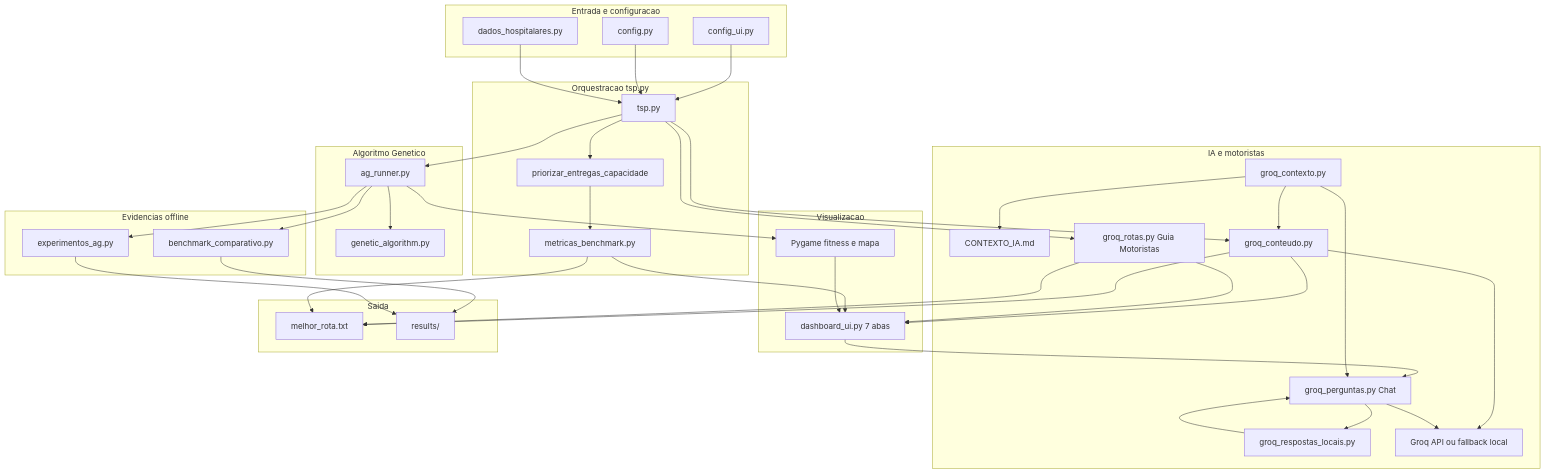
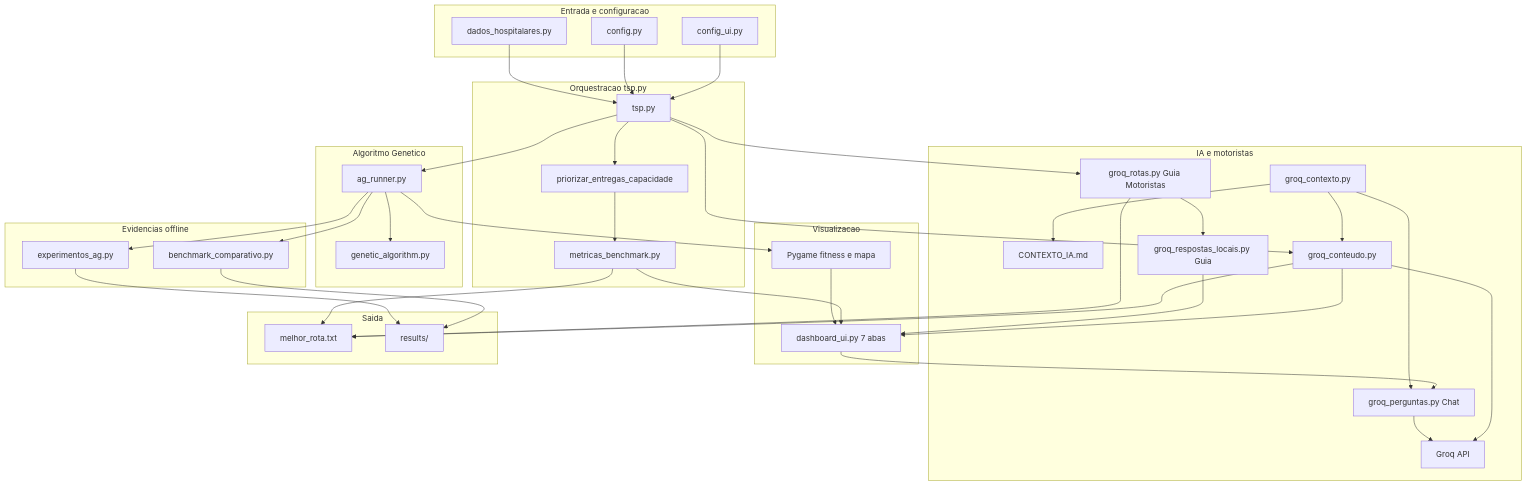
Before and after one commit to EdreiM/PosTechFIAP-Fase2: the diagram in README.md, drawn with Mermaid. The commit also changed other lines of this file and 32 other files, not shown here.

````diff
--- a/README.md
+++ b/README.md
@@ -28,81 +28,80 @@
 ```mermaid
 flowchart TB
     subgraph entrada [Entrada e configuracao]
         ConfigUI[config_ui.py]
         Config[config.py]
         DadosH[dados_hospitalares.py]
     end
 
     subgraph orquestracao [Orquestracao tsp.py]
         TSP[tsp.py]
         Priorizar[priorizar_entregas_capacidade]
         Metricas[metricas_benchmark.py]
     end
 
     subgraph ag [Algoritmo Genetico]
         Runner[ag_runner.py]
         GA[genetic_algorithm.py]
     end
 
     subgraph visual [Visualizacao]
         Pygame[Pygame fitness e mapa]
         Dashboard[dashboard_ui.py 7 abas]
     end
 
     subgraph ia [IA e motoristas]
         ContextoMD[CONTEXTO_IA.md]
         ContextoPy[groq_contexto.py]
         Conteudo[groq_conteudo.py]
         Rotas[groq_rotas.py Guia Motoristas]
         Perguntas[groq_perguntas.py Chat]
-        Locais[groq_respostas_locais.py]
-        Groq[Groq API ou fallback local]
+        Locais[groq_respostas_locais.py Guia]
+        Groq[Groq API]
     end
 
     subgraph evidencias [Evidencias offline]
         Bench[benchmark_comparativo.py]
         Exp[experimentos_ag.py]
     end
 
     subgraph saida [Saida]
         Arquivo[melhor_rota.txt]
         Results[results/]
     end
 
     ConfigUI --> TSP
     Config --> TSP
     DadosH --> TSP
 
     TSP --> Runner
     Runner --> GA
     Runner --> Pygame
 
     TSP --> Priorizar
     Priorizar --> Metricas
     Metricas --> Dashboard
     Pygame --> Dashboard
 
     ContextoPy --> ContextoMD
     TSP --> Conteudo
     ContextoPy --> Conteudo
     Conteudo --> Groq
     Conteudo --> Dashboard
 
     TSP --> Rotas
-    Rotas --> Dashboard
+    Rotas --> Locais
+    Locais --> Dashboard
 
     Dashboard --> Perguntas
-    Perguntas --> Locais
-    Locais --> Perguntas
     ContextoPy --> Perguntas
     Perguntas --> Groq
 
     Conteudo --> Arquivo
     Rotas --> Arquivo
     Metricas --> Arquivo
 
     Runner --> Bench
     Runner --> Exp
     Bench --> Results
     Exp --> Results
 ```
````
